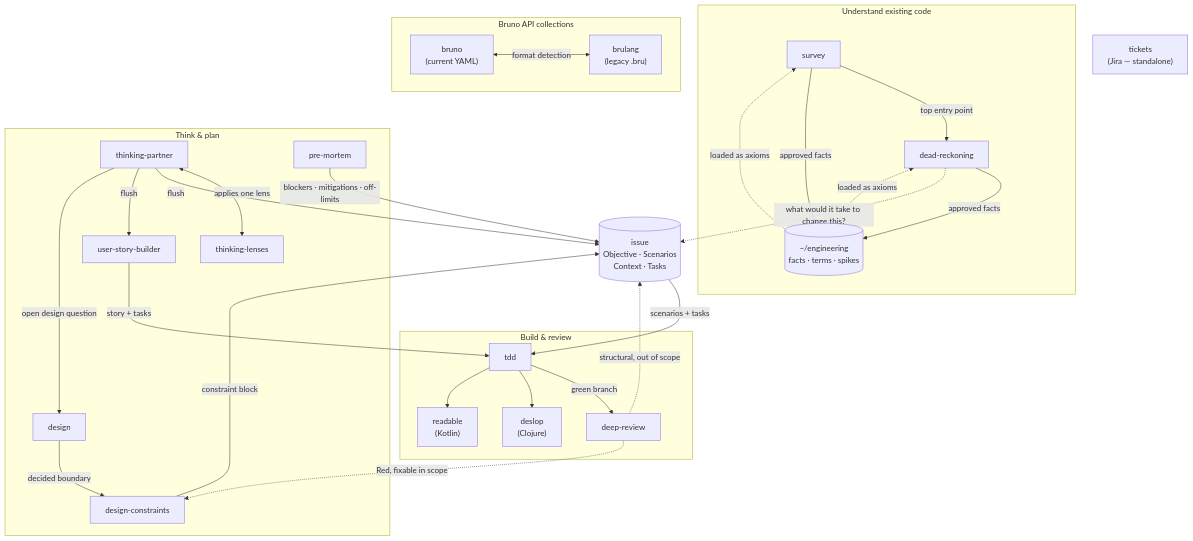
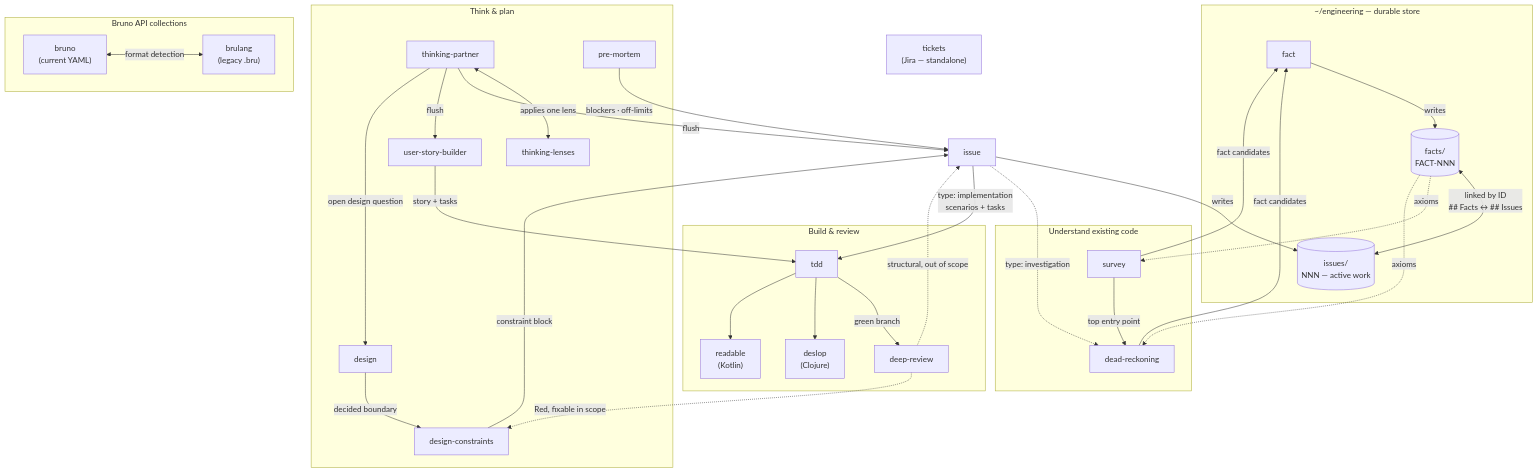
Before and after one commit to gustavofsantos/dot-files: the diagram in .claude/README.md, drawn with Mermaid. The commit also changed other lines of this file and 8 other files, not shown here.

First line of the commit message:
feat(skills): add fact base linked to issues under ~/engineering

````diff
--- a/.claude/README.md
+++ b/.claude/README.md
@@ -11,61 +20,75 @@
 ```mermaid
 flowchart TD
+    %% ---------- Durable store ----------
+    subgraph engineering["~/engineering — durable store"]
+        factskill[fact]
+        facts[("facts/<br/>FACT-NNN")]
+        issuestore[("issues/<br/>NNN — active work")]
+        factskill -->|writes| facts
+        facts <-->|linked by ID<br/>## Facts ↔ ## Issues| issuestore
+    end
+
     %% ---------- Understand existing code ----------
     subgraph understand["Understand existing code"]
         survey[survey]
         dead[dead-reckoning]
-        kb[("~/engineering<br/>facts · terms · spikes")]
         survey -->|top entry point| dead
-        survey -->|approved facts| kb
-        dead -->|approved facts| kb
-        kb -.->|loaded as axioms| survey
-        kb -.->|loaded as axioms| dead
     end
 
     %% ---------- Think & plan ----------
     subgraph plan["Think & plan"]
         tp[thinking-partner]
         tl[thinking-lenses]
         design[design]
         dc[design-constraints]
         pm[pre-mortem]
         usb[user-story-builder]
         tp <-->|applies one lens| tl
         design -->|decided boundary| dc
     end
 
-    %% ---------- Shared work item ----------
-    issue[("issue<br/>Objective · Scenarios<br/>Context · Tasks")]
+    issue[issue]
 
     %% ---------- Build & review ----------
     subgraph build["Build & review"]
         tdd[tdd]
         dr[deep-review]
         deslop["deslop<br/>(Clojure)"]
         readable["readable<br/>(Kotlin)"]
     end
 
     %% ---------- Bruno API client ----------
     subgraph brunocluster["Bruno API collections"]
         bruno["bruno<br/>(current YAML)"]
         brulang["brulang<br/>(legacy .bru)"]
         bruno <-->|format detection| brulang
     end
 
     tickets["tickets<br/>(Jira — standalone)"]
 
-    %% ---------- Cross-cluster flow ----------
-    dead -.->|what would it take to change this?| issue
+    %% ---------- Knowledge flow ----------
+    facts -.->|axioms| survey
+    facts -.->|axioms| dead
+    survey -->|fact candidates| factskill
+    dead -->|fact candidates| factskill
+
+    %% ---------- Plan -> issue ----------
     tp -->|flush| issue
     tp -->|flush| usb
     tp -->|open design question| design
-    pm -->|blockers · mitigations · off-limits| issue
+    pm -->|blockers · off-limits| issue
     dc -->|constraint block| issue
+
+    %% ---------- Issue routing ----------
+    issue -->|writes| issuestore
+    issue -.->|type: investigation| dead
+    issue -->|type: implementation<br/>scenarios + tasks| tdd
     usb -->|story + tasks| tdd
-    issue -->|scenarios + tasks| tdd
+
+    %% ---------- Build & review flow ----------
     tdd -->|green branch| dr
     tdd --> deslop
     tdd --> readable
     dr -.->|Red, fixable in scope| dc
     dr -.->|structural, out of scope| issue
 ```
````
